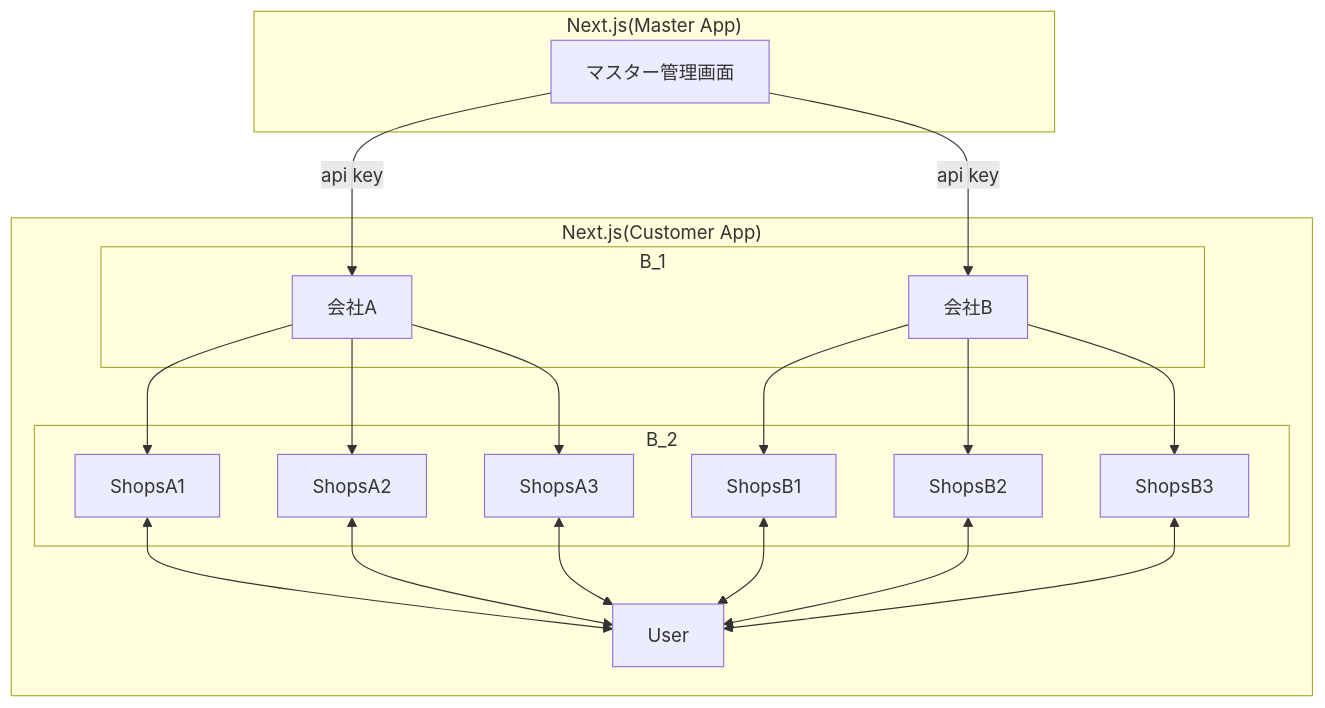
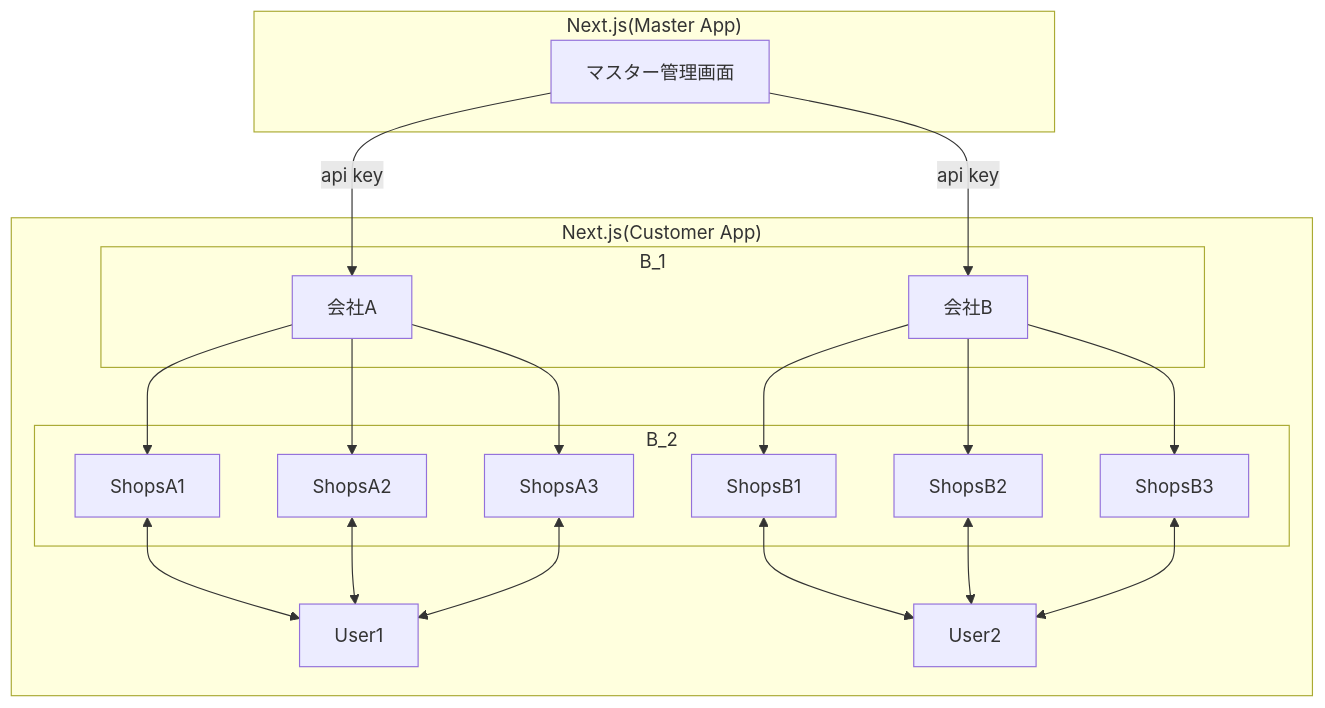
One commit to reflenge/mobipita-docs changed the diagram in apps/docs/src/content/docs/会議.md. Above: the diagram before and after it, drawn with Mermaid. The commit also changed other lines of this file, not shown here.

````diff
--- a/apps/docs/src/content/docs/会議.md
+++ b/apps/docs/src/content/docs/会議.md
@@ -9,35 +9,35 @@
 ```mermaid
 graph TD
     subgraph "Next.js(Master App)"
         master[マスター管理画面]
     end
     master --api key--> CompanyA[会社A]
     master --api key--> CompanyB[会社B]
     subgraph "Next.js(Customer App)"
         CompanyA --> ShopsA1
         CompanyA --> ShopsA2
         CompanyA --> ShopsA3
         CompanyB --> ShopsB1
         CompanyB --> ShopsB2
         CompanyB --> ShopsB3
-        ShopsA1 <--> User
-        ShopsA2 <--> User
-        ShopsA3 <--> User
-        ShopsB1 <--> User
-        ShopsB2 <--> User
-        ShopsB3 <--> User
+        ShopsA1 <--> User1
+        ShopsA2 <--> User1
+        ShopsA3 <--> User1
+        ShopsB1 <--> User2
+        ShopsB2 <--> User2
+        ShopsB3 <--> User2
 
         subgraph "B_1"
             CompanyA
             CompanyB
         end
         subgraph "B_2"
             ShopsA1
             ShopsA2
             ShopsA3
             ShopsB1
             ShopsB2
             ShopsB3
         end
     end
 ```
````
